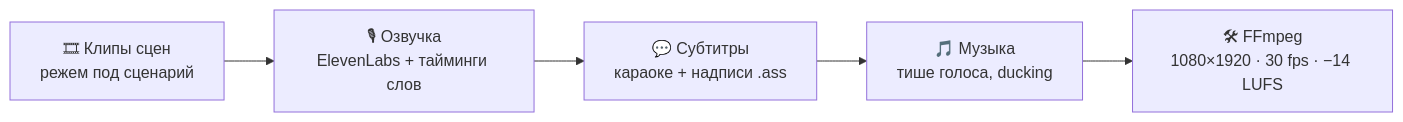
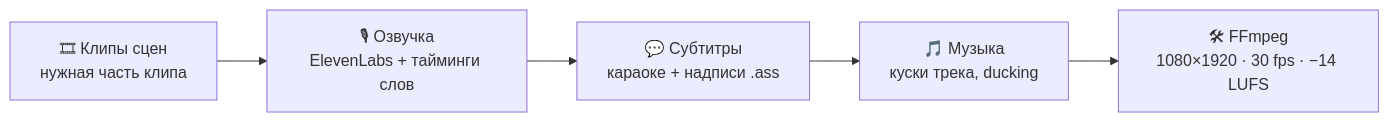
One commit to TimurPythonUser/adreel changed the first of 2 diagrams in README.md. Above: the diagram before and after it, drawn with Mermaid. The commit also changed other lines of this file and 10 other files, not shown here.

````diff
--- a/README.md
+++ b/README.md
@@ -174,7 +229,7 @@
 ```mermaid
 flowchart LR
-    A["🎞 Клипы сцен<br/>режем под сценарий"] --> B["🎙 Озвучка<br/>ElevenLabs + тайминги слов"]
+    A["🎞 Клипы сцен<br/>нужная часть клипа"] --> B["🎙 Озвучка<br/>ElevenLabs + тайминги слов"]
     B --> C["💬 Субтитры<br/>караоке + надписи .ass"]
-    C --> D["🎵 Музыка<br/>тише голоса, ducking"]
+    C --> D["🎵 Музыка<br/>куски трека, ducking"]
     D --> E["🛠 FFmpeg<br/>1080×1920 · 30 fps · −14 LUFS"]
 ```
````
